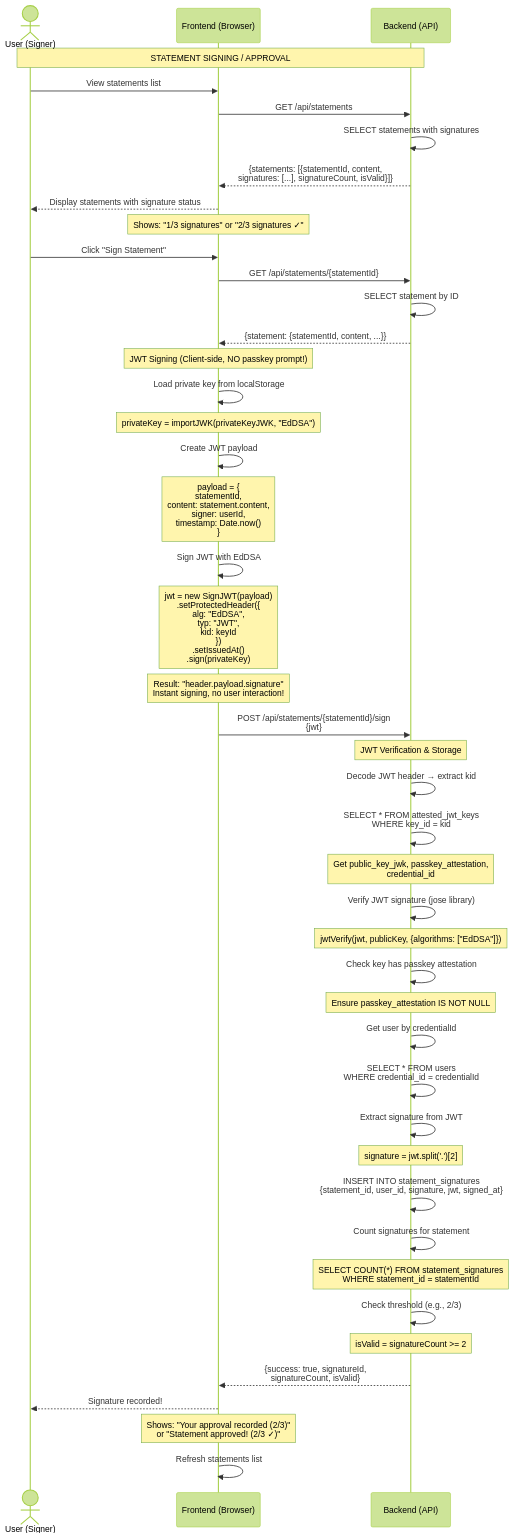
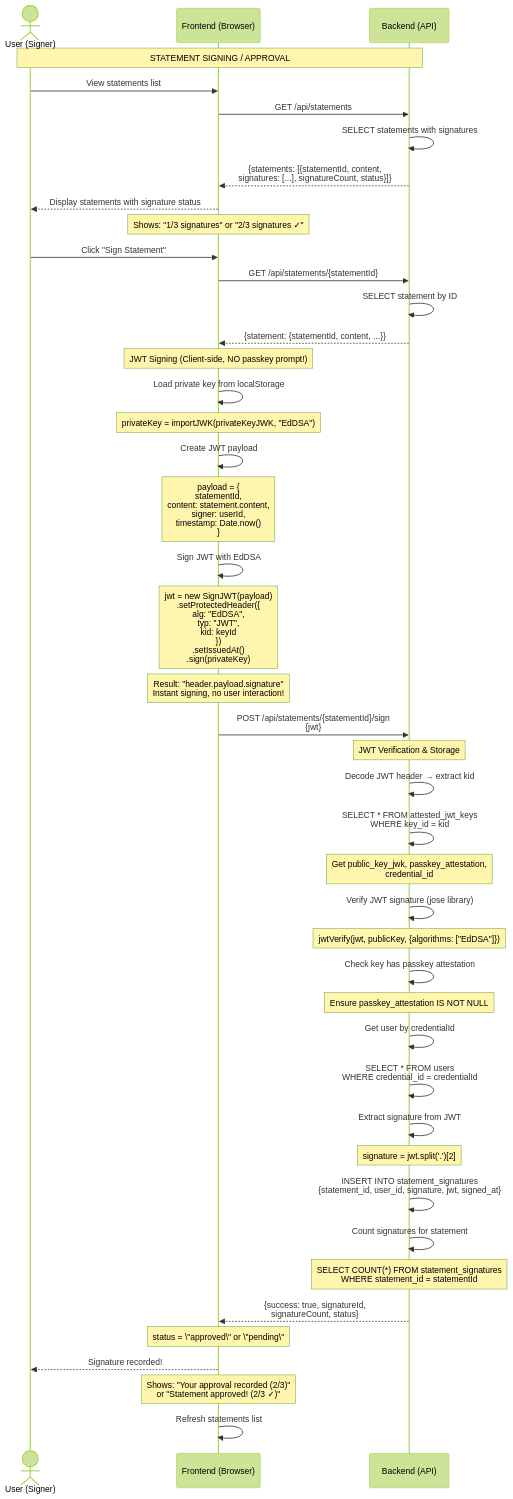
Before and after one commit to nucypher/passkeys-jwt-poc: the third of 4 diagrams in docs/SEQUENCE-DIAGRAM.md, drawn with Mermaid (forest theme). The commit also changed other lines of this file and 18 other files, not shown here.

````diff
--- a/docs/SEQUENCE-DIAGRAM.md
+++ b/docs/SEQUENCE-DIAGRAM.md
@@ -151,68 +154,66 @@
 ```mermaid
 sequenceDiagram
     actor User as User (Signer)
     participant Frontend as Frontend (Browser)
     participant Backend as Backend (API)
 
     Note over User,Backend: STATEMENT SIGNING / APPROVAL
 
     User->>Frontend: View statements list
     Frontend->>Backend: GET /api/statements
     Backend->>Backend: SELECT statements with signatures
-    Backend-->>Frontend: {statements: [{statementId, content,<br/>signatures: [...], signatureCount, isValid}]}
+    Backend-->>Frontend: {statements: [{statementId, content,<br/>signatures: [...], signatureCount, status}]}
 
     Frontend-->>User: Display statements with signature status
     Note over Frontend: Shows: "1/3 signatures" or "2/3 signatures ✓"
 
     User->>Frontend: Click "Sign Statement"
 
     Frontend->>Backend: GET /api/statements/{statementId}
     Backend->>Backend: SELECT statement by ID
     Backend-->>Frontend: {statement: {statementId, content, ...}}
 
     Note over Frontend: JWT Signing (Client-side, NO passkey prompt!)
     Frontend->>Frontend: Load private key from localStorage
     Note over Frontend: privateKey = importJWK(privateKeyJWK, "EdDSA")
 
     Frontend->>Frontend: Create JWT payload
     Note over Frontend: payload = {<br/>  statementId,<br/>  content: statement.content,<br/>  signer: userId,<br/>  timestamp: Date.now()<br/>}
 
     Frontend->>Frontend: Sign JWT with EdDSA
     Note over Frontend: jwt = new SignJWT(payload)<br/>  .setProtectedHeader({<br/>    alg: "EdDSA",<br/>    typ: "JWT",<br/>    kid: keyId<br/>  })<br/>  .setIssuedAt()<br/>  .sign(privateKey)
 
     Note over Frontend: Result: "header.payload.signature"<br/>Instant signing, no user interaction!
 
     Frontend->>Backend: POST /api/statements/{statementId}/sign<br/>{jwt}
 
     Note over Backend: JWT Verification & Storage
     Backend->>Backend: Decode JWT header → extract kid
     Backend->>Backend: SELECT * FROM attested_jwt_keys<br/>WHERE key_id = kid
     Note over Backend: Get public_key_jwk, passkey_attestation,<br/>credential_id
 
     Backend->>Backend: Verify JWT signature (jose library)
     Note over Backend: jwtVerify(jwt, publicKey, {algorithms: ["EdDSA"]})
 
     Backend->>Backend: Check key has passkey attestation
     Note over Backend: Ensure passkey_attestation IS NOT NULL
 
     Backend->>Backend: Get user by credentialId
     Backend->>Backend: SELECT * FROM users<br/>WHERE credential_id = credentialId
 
     Backend->>Backend: Extract signature from JWT
     Note over Backend: signature = jwt.split('.')[2]
 
     Backend->>Backend: INSERT INTO statement_signatures<br/>{statement_id, user_id, signature, jwt, signed_at}
 
     Backend->>Backend: Count signatures for statement
     Note over Backend: SELECT COUNT(*) FROM statement_signatures<br/>WHERE statement_id = statementId
 
-    Backend->>Backend: Check threshold (e.g., 2/3)
-    Note over Backend: isValid = signatureCount >= 2
-
-    Backend-->>Frontend: {success: true, signatureId,<br/>signatureCount, isValid}
+    Backend-->>Frontend: {success: true, signatureId,<br/>signatureCount, status}
+    Note over Frontend: status = \"approved\" or \"pending\"
 
     Frontend-->>User: Signature recorded!
     Note over Frontend: Shows: "Your approval recorded (2/3)"<br/>or "Statement approved! (2/3 ✓)"
 
     Frontend->>Frontend: Refresh statements list
 ```
````
